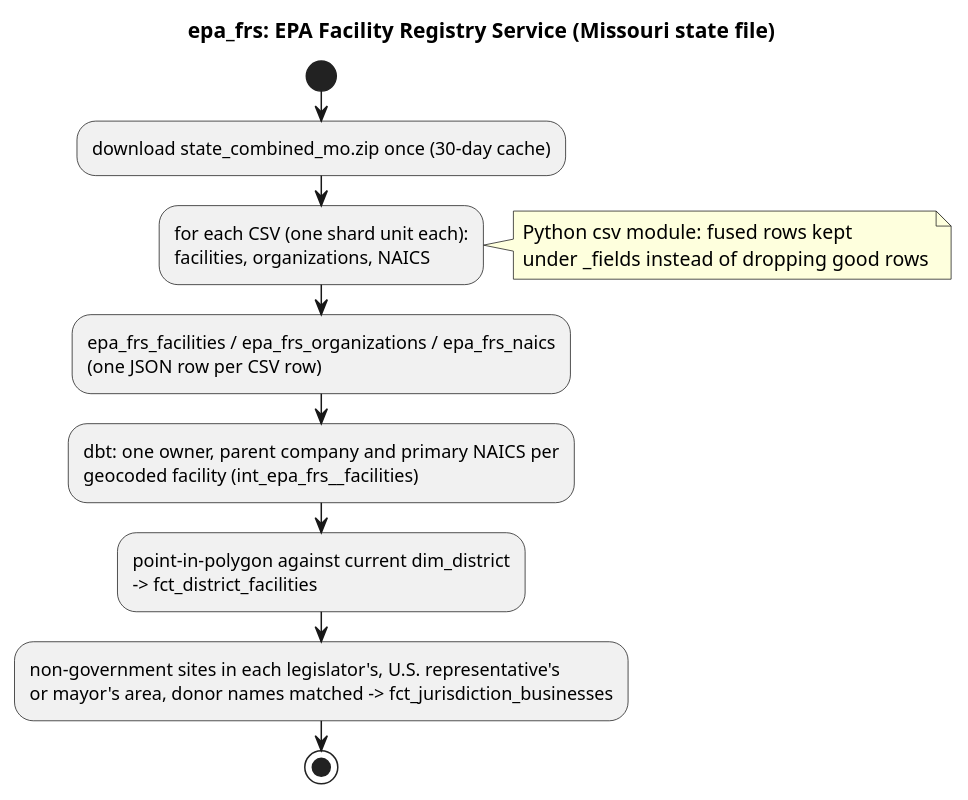
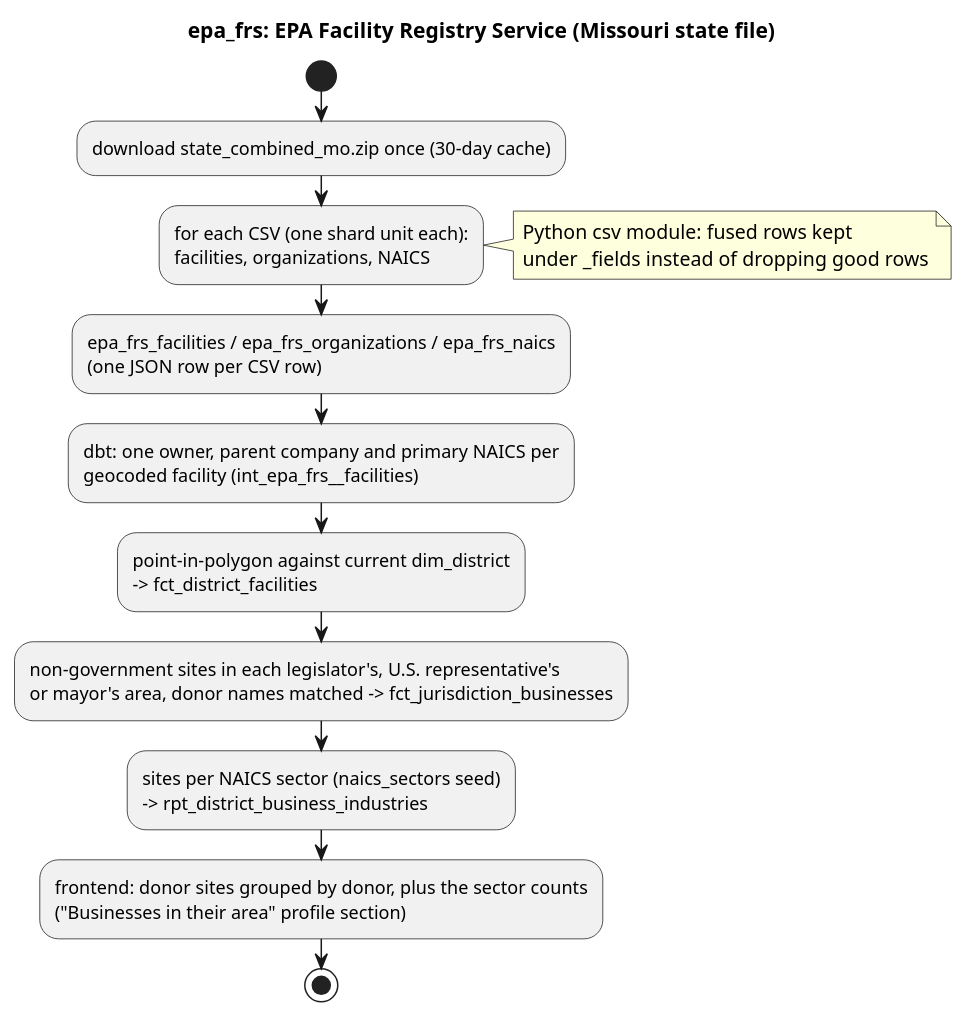
The diagram in docs/diagrams/sources/epa_frs.puml (akettmann/missouri_gov_feed), drawn with PlantUML before and after one commit. The commit also changed 16 other files, not shown here.

First line of the commit message:
Businesses in their area: donor companies with sites in the district, sites by industry

```diff
--- a/docs/diagrams/sources/epa_frs.puml
+++ b/docs/diagrams/sources/epa_frs.puml
@@ -1,17 +1,21 @@
 @startuml epa_frs
 title epa_frs: EPA Facility Registry Service (Missouri state file)
 start
 :download state_combined_mo.zip once (30-day cache);
 :for each CSV (one shard unit each):
 facilities, organizations, NAICS;
 note right: Python csv module: fused rows kept\nunder _fields instead of dropping good rows
 :epa_frs_facilities / epa_frs_organizations / epa_frs_naics
 (one JSON row per CSV row);
 :dbt: one owner, parent company and primary NAICS per
 geocoded facility (int_epa_frs__facilities);
 :point-in-polygon against current dim_district
 -> fct_district_facilities;
 :non-government sites in each legislator's, U.S. representative's
 or mayor's area, donor names matched -> fct_jurisdiction_businesses;
+:sites per NAICS sector (naics_sectors seed)
+-> rpt_district_business_industries;
+:frontend: donor sites grouped by donor, plus the sector counts
+("Businesses in their area" profile section);
 stop
 @enduml
```
